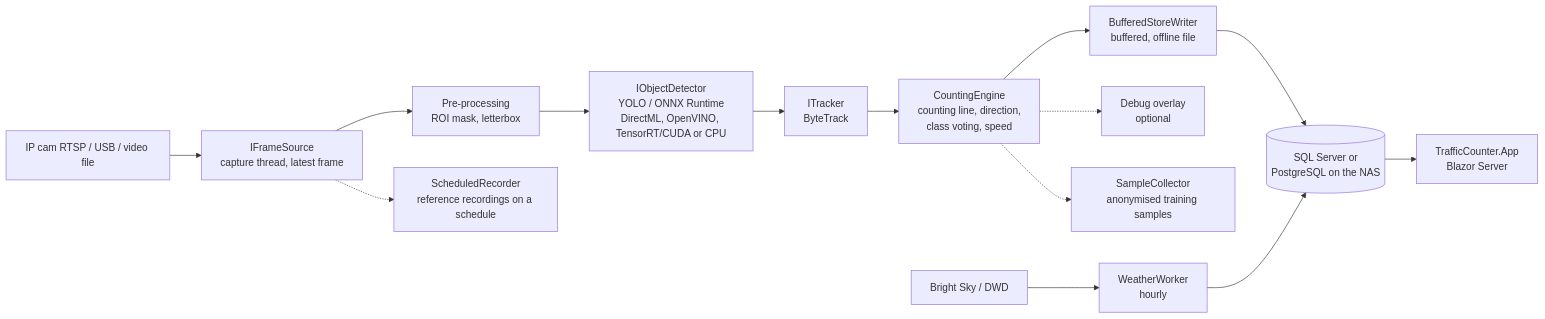
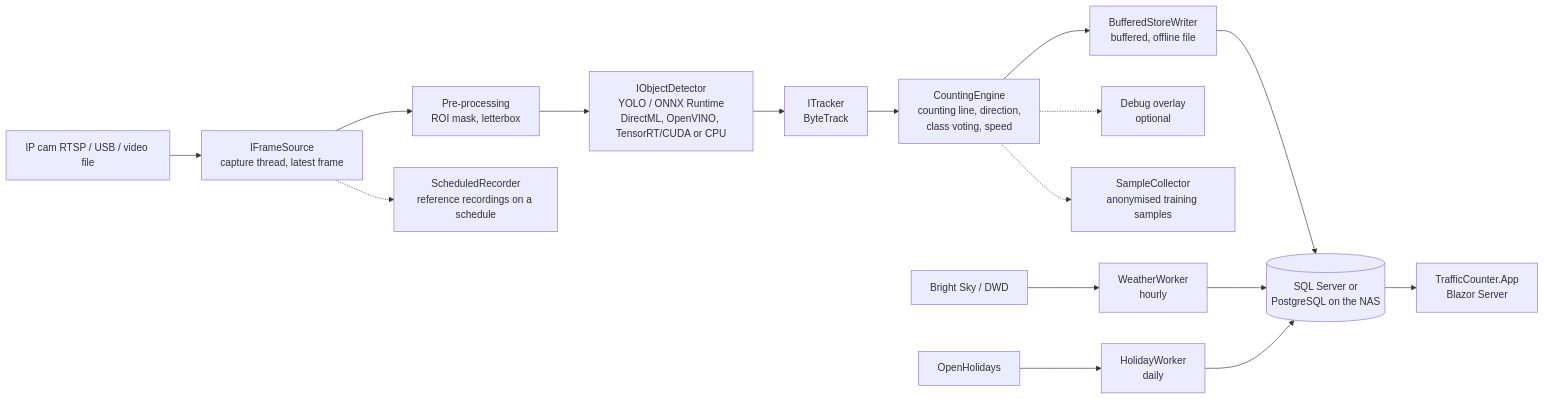
Before and after one commit to Wolle98/TrafficCounter: the first of 3 diagrams in docs/architecture.md, drawn with Mermaid. The commit also changed other lines of this file and 42 other files, not shown here.

````diff
--- a/docs/architecture.md
+++ b/docs/architecture.md
@@ -5,15 +5,16 @@
 ```mermaid
 flowchart LR
     CAM[IP cam RTSP / USB / video file] --> SRC[IFrameSource<br/>capture thread, latest frame]
     SRC --> PRE[Pre-processing<br/>ROI mask, letterbox]
     PRE --> DET[IObjectDetector<br/>YOLO / ONNX Runtime<br/>DirectML, OpenVINO, TensorRT/CUDA or CPU]
     DET --> TRK[ITracker<br/>ByteTrack]
     TRK --> CNT[CountingEngine<br/>counting line, direction,<br/>class voting, speed]
     CNT --> SINK[BufferedStoreWriter<br/>buffered, offline file]
     SINK --> DB[(SQL Server or<br/>PostgreSQL on the NAS)]
     CNT -.-> DBG[Debug overlay<br/>optional]
     SRC -.-> REC[ScheduledRecorder<br/>reference recordings on a schedule]
     CNT -.-> SMP[SampleCollector<br/>anonymised training samples]
     WX[Bright Sky / DWD] --> WW[WeatherWorker<br/>hourly] --> DB
+    OH[OpenHolidays] --> HW[HolidayWorker<br/>daily] --> DB
     DB --> GUI[TrafficCounter.App<br/>Blazor Server]
 ```
````
